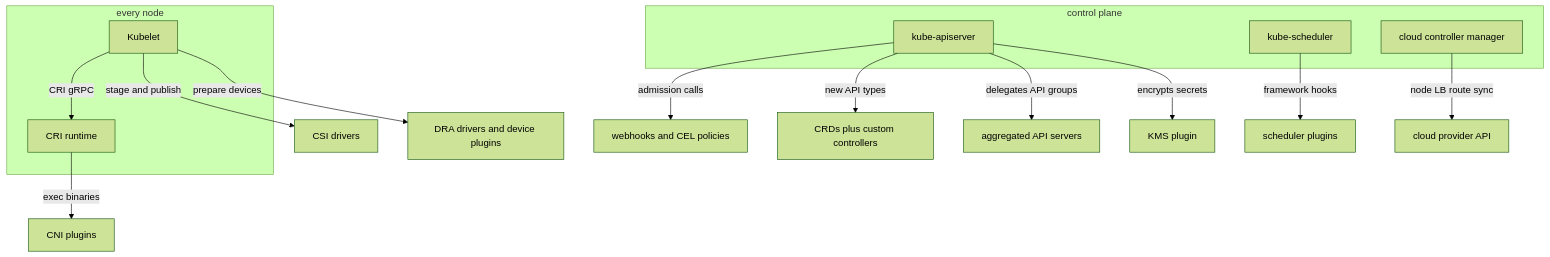
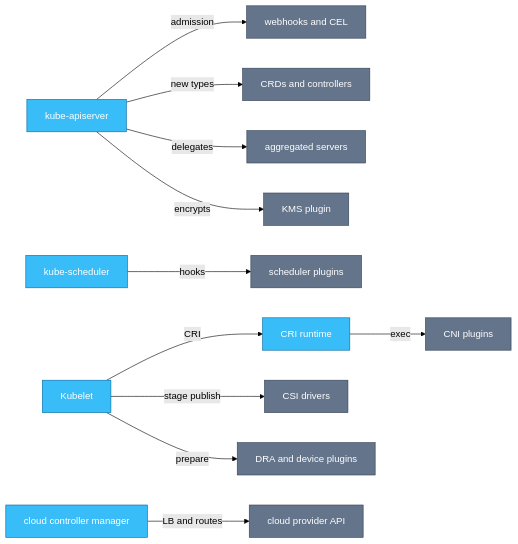
Before and after one commit to sanketsudake/k8s-worksheet: the second of 3 diagrams in chapters/ch09.md, drawn with Mermaid (forest theme). The commit also changed other lines of this file and 2 other files, not shown here.

Commit message:
ch04, ch08, ch09: shrink diagrams as far as text allows
Same pass as the other chapters. Five sequence diagrams remain below
the 7pt gate (F4.1 4.8pt, F4.2 6.3pt, F8.2 5.4pt, F8.3 6.8pt,
F9.3 5.4pt): their width floor is set by participant count, not label
text, so no further shortening helps. Left intact rather than dropping
actors, which would remove real steps from the flows.

````diff
--- a/chapters/ch09.md
+++ b/chapters/ch09.md
@@ -56,22 +60,22 @@
 ```mermaid
-flowchart TD
-    subgraph ControlPlane[control plane]
-        API[kube-apiserver]
-        Sched[kube-scheduler]
-        CCM[cloud controller manager]
-    end
-    subgraph Node[every node]
-        Kubelet
-        RT[CRI runtime]
-    end
-    API -->|admission calls| Hooks[webhooks and CEL policies]
-    API -->|new API types| CRDs[CRDs plus custom controllers]
-    API -->|delegates API groups| Agg[aggregated API servers]
-    API -->|encrypts secrets| KMS[KMS plugin]
-    Sched -->|framework hooks| SPlug[scheduler plugins]
-    CCM -->|node LB route sync| Cloud[cloud provider API]
-    Kubelet -->|CRI gRPC| RT
-    RT -->|exec binaries| CNIx[CNI plugins]
-    Kubelet -->|stage and publish| CSIx[CSI drivers]
-    Kubelet -->|prepare devices| DRAx[DRA drivers and device plugins]
+flowchart LR
+    API[kube-apiserver]
+    Sched[kube-scheduler]
+    CCM[cloud controller manager]
+    Kubelet
+    RT[CRI runtime]
+    API -->|admission| Hooks[webhooks and CEL]
+    API -->|new types| CRDs[CRDs and controllers]
+    API -->|delegates| Agg[aggregated servers]
+    API -->|encrypts| KMS[KMS plugin]
+    Sched -->|hooks| SPlug[scheduler plugins]
+    CCM -->|LB and routes| Cloud[cloud provider API]
+    Kubelet -->|CRI| RT
+    RT -->|exec| CNIx[CNI plugins]
+    Kubelet -->|stage publish| CSIx[CSI drivers]
+    Kubelet -->|prepare| DRAx[DRA and device plugins]
+    classDef process fill:#38bdf8,stroke:#0369a1,color:#fff
+    classDef external fill:#64748b,stroke:#334155,color:#fff
+    class API,Sched,CCM,Kubelet,RT process
+    class Hooks,CRDs,Agg,KMS,SPlug,Cloud,CNIx,CSIx,DRAx external
 ```
````
